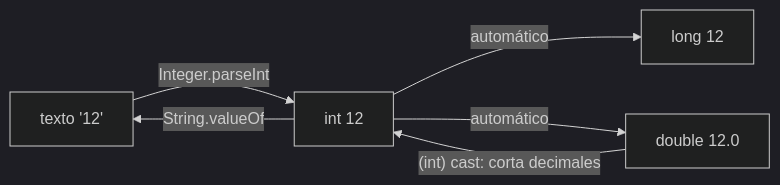
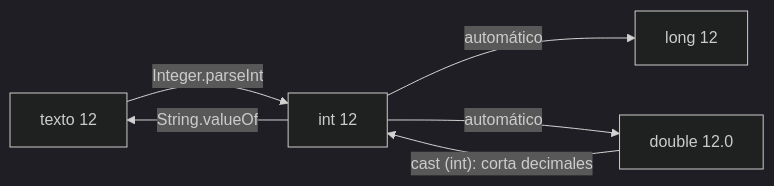
The fifth of 9 diagrams in web/public/content/java/modulo-0.md (NICORUIZ93/The_Imperial_Book), drawn with Mermaid (dark theme) before and after one commit. The commit also changed other lines of this file and 65 other files, not shown here.

````diff
--- a/web/public/content/java/modulo-0.md
+++ b/web/public/content/java/modulo-0.md
@@ -2975,8 +3370,8 @@
 ```mermaid
 flowchart LR
-  TXT["texto '12'"] -->|Integer.parseInt| INT["int 12"]
+  TXT["texto 12"] -->|Integer.parseInt| INT["int 12"]
   INT -->|automático| LONG["long 12"]
   INT -->|automático| DBL["double 12.0"]
-  DBL -->|"(int) cast: corta decimales"| INT
+  DBL -->|"cast (int): corta decimales"| INT
   INT -->|String.valueOf| TXT
 ```
````
